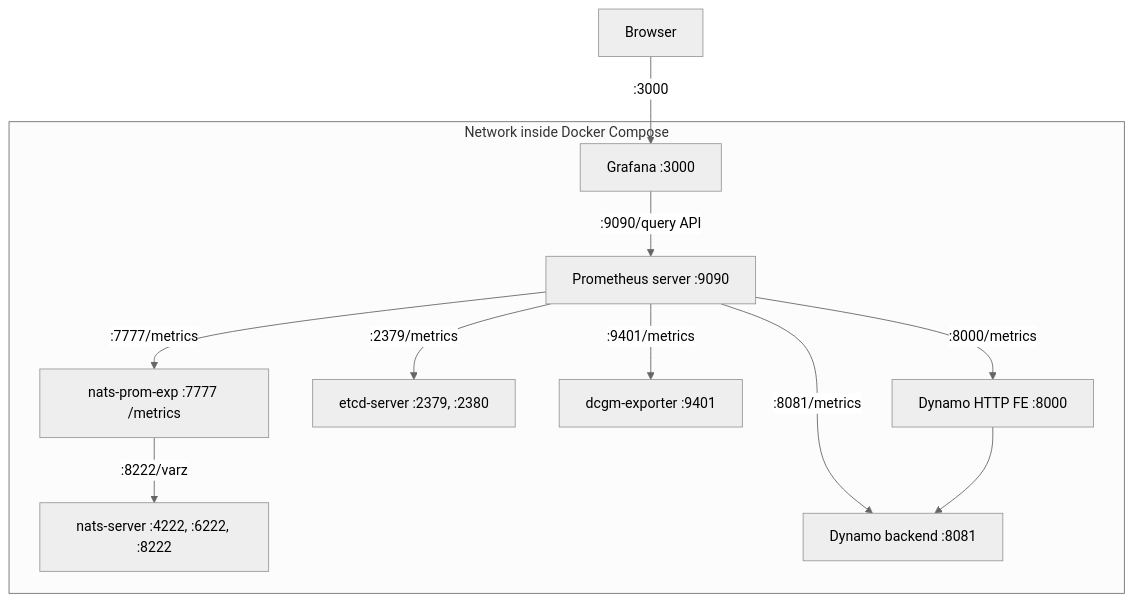
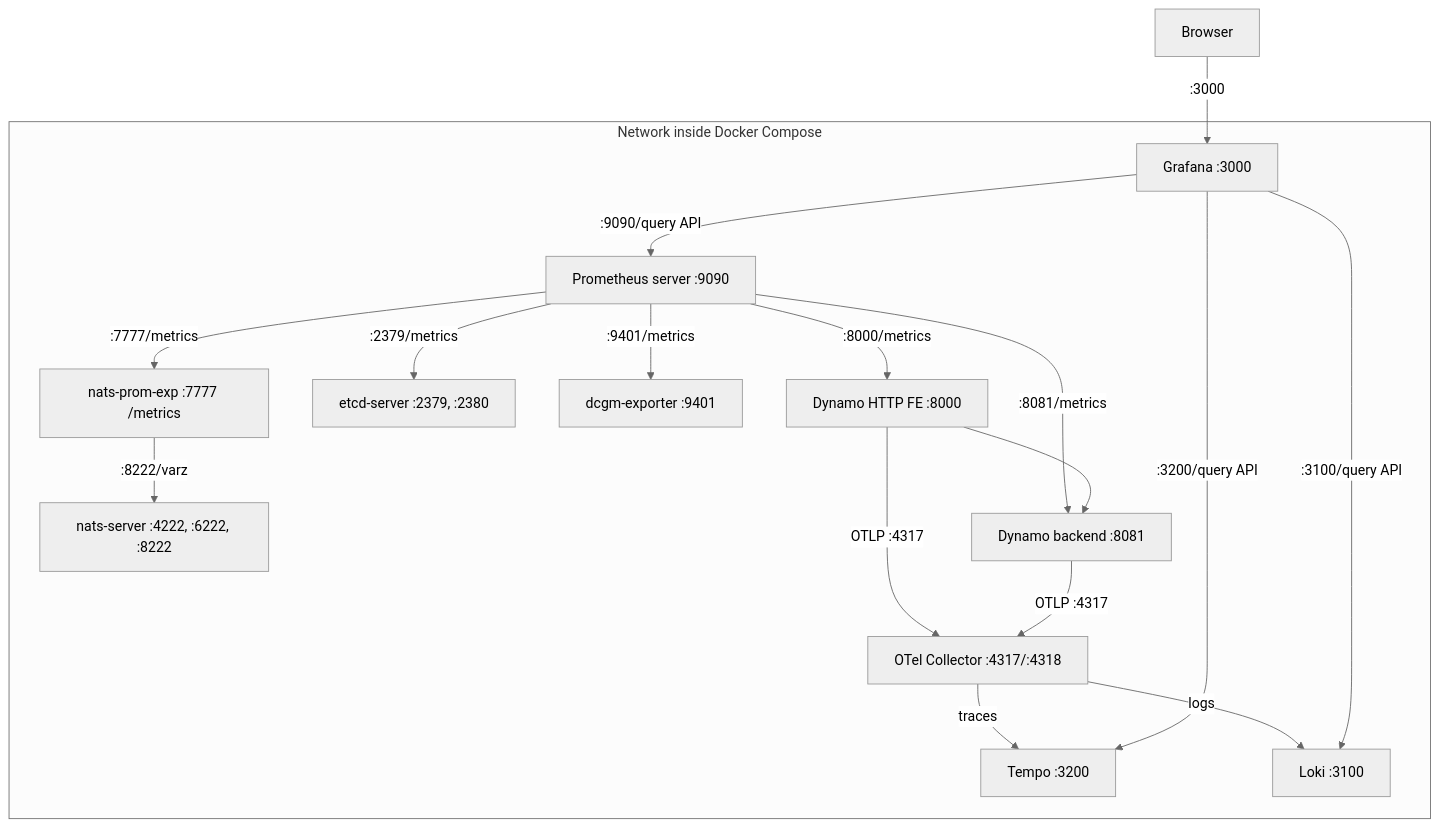
The diagram in fern/pages-dev/observability/README.md (ai-dynamo/dynamo), drawn with Mermaid (neutral theme) before and after one commit. The commit also changed other lines of this file and 2 other files, not shown here.

````diff
--- a/fern/pages-dev/observability/README.md
+++ b/fern/pages-dev/observability/README.md
@@ -71,14 +73,20 @@
 ```mermaid
 graph TD
     BROWSER[Browser] -->|:3000| GRAFANA[Grafana :3000]
     subgraph DockerComposeNetwork [Network inside Docker Compose]
         NATS_PROM_EXP[nats-prom-exp :7777 /metrics] -->|:8222/varz| NATS_SERVER[nats-server :4222, :6222, :8222]
         PROMETHEUS[Prometheus server :9090] -->|:2379/metrics| ETCD_SERVER[etcd-server :2379, :2380]
         PROMETHEUS -->|:9401/metrics| DCGM_EXPORTER[dcgm-exporter :9401]
         PROMETHEUS -->|:7777/metrics| NATS_PROM_EXP
         PROMETHEUS -->|:8000/metrics| DYNAMOFE[Dynamo HTTP FE :8000]
         PROMETHEUS -->|:8081/metrics| DYNAMOBACKEND[Dynamo backend :8081]
         DYNAMOFE --> DYNAMOBACKEND
+        DYNAMOFE -->|OTLP :4317| OTEL_COLLECTOR[OTel Collector :4317/:4318]
+        DYNAMOBACKEND -->|OTLP :4317| OTEL_COLLECTOR
+        OTEL_COLLECTOR -->|traces| TEMPO[Tempo :3200]
+        OTEL_COLLECTOR -->|logs| LOKI[Loki :3100]
         GRAFANA -->|:9090/query API| PROMETHEUS
+        GRAFANA -->|:3200/query API| TEMPO
+        GRAFANA -->|:3100/query API| LOKI
     end
 ```
````
